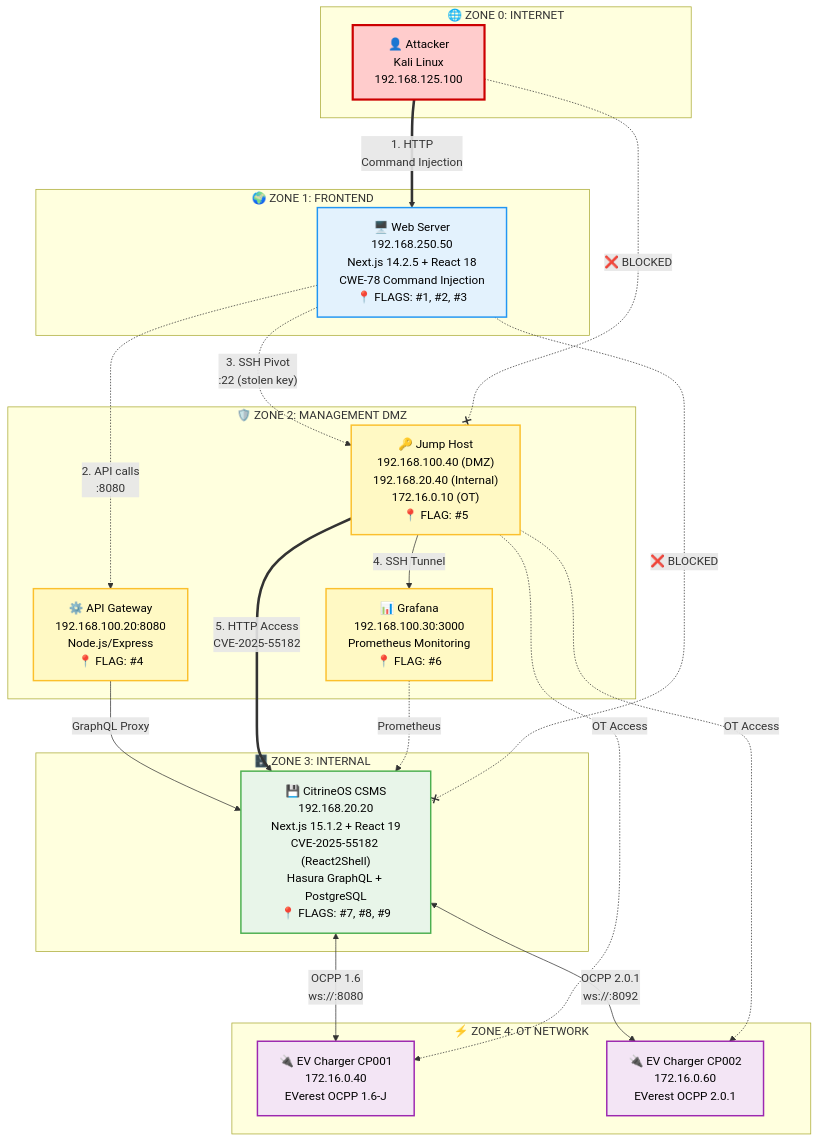
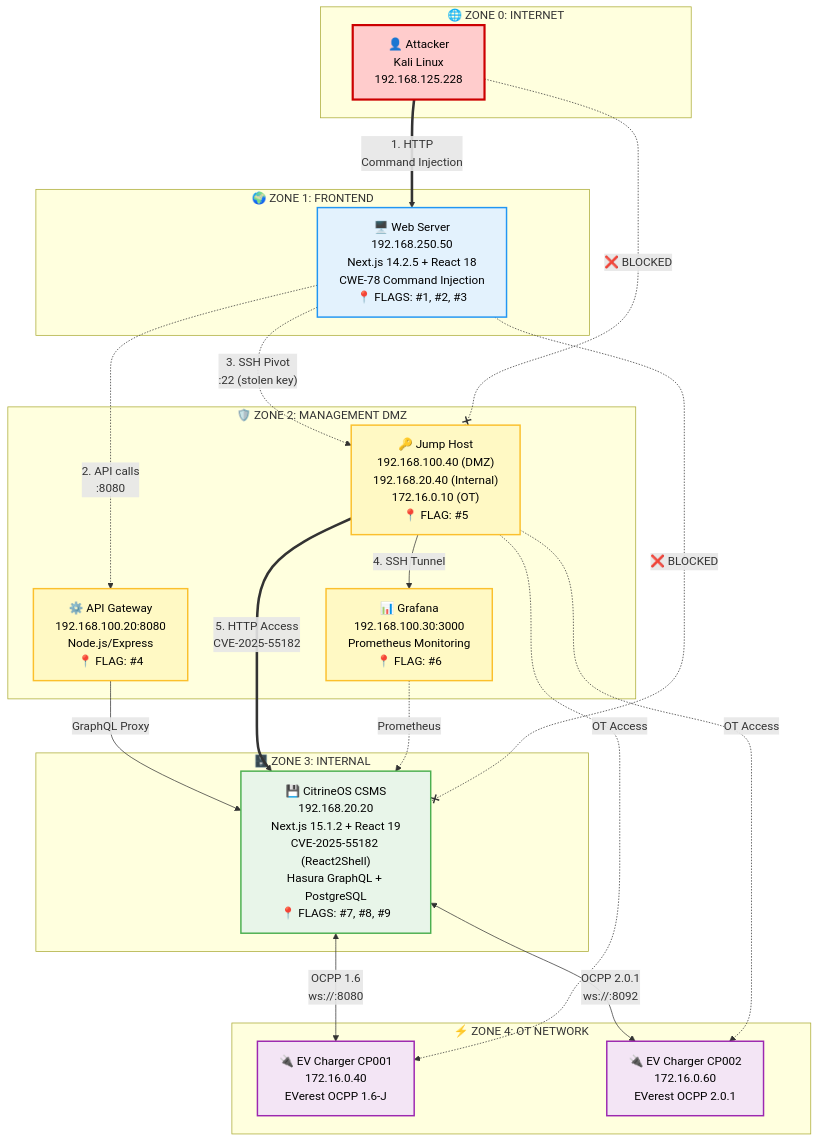
Before and after one commit to lota-ll/diploma-documentation: the diagram in full_documentation/scenario_topology_v4_FULL.md, drawn with Mermaid. The commit also changed other lines of this file and 4 other files, not shown here.

````diff
--- a/full_documentation/scenario_topology_v4_FULL.md
+++ b/full_documentation/scenario_topology_v4_FULL.md
@@ -30,53 +30,53 @@
 ```mermaid
 graph TB
     %% Стилізація
     classDef attacker fill:#ffcccc,stroke:#cc0000,stroke-width:3px,color:#000
     classDef frontend fill:#e3f2fd,stroke:#2196f3,stroke-width:2px,color:#000
     classDef dmz fill:#fff9c4,stroke:#fbc02d,stroke-width:2px,color:#000
     classDef internal fill:#e8f5e9,stroke:#4caf50,stroke-width:2px,color:#000
     classDef ot fill:#f3e5f5,stroke:#9c27b0,stroke-width:2px,color:#000
 
     subgraph Zone0["🌐 ZONE 0: INTERNET"]
-        Attacker["👤 Attacker<br/>Kali Linux<br/>192.168.125.100"]:::attacker
+        Attacker["👤 Attacker<br/>Kali Linux<br/>192.168.125.228"]:::attacker
     end
 
     subgraph Zone1["🌍 ZONE 1: FRONTEND"]
         WebServer["🖥️ Web Server<br/>192.168.250.50<br/>Next.js 14.2.5 + React 18<br/>CWE-78 Command Injection<br/>📍 FLAGS: #1, #2, #3"]:::frontend
     end
 
     subgraph Zone2["🛡️ ZONE 2: MANAGEMENT DMZ"]
         APIGateway["⚙️ API Gateway<br/>192.168.100.20:8080<br/>Node.js/Express<br/>📍 FLAG: #4"]:::dmz
         Grafana["📊 Grafana<br/>192.168.100.30:3000<br/>Prometheus Monitoring<br/>📍 FLAG: #6"]:::dmz
         JumpHost["🔑 Jump Host<br/>192.168.100.40 (DMZ)<br/>192.168.20.40 (Internal)<br/>172.16.0.10 (OT)<br/>📍 FLAG: #5"]:::dmz
     end
 
     subgraph Zone3["🗄️ ZONE 3: INTERNAL"]
         CSMS["💾 CitrineOS CSMS<br/>192.168.20.20<br/>Next.js 15.1.2 + React 19<br/>CVE-2025-55182 (React2Shell)<br/>Hasura GraphQL + PostgreSQL<br/>📍 FLAGS: #7, #8, #9"]:::internal
     end
 
     subgraph Zone4["⚡ ZONE 4: OT NETWORK"]
         CP001["🔌 EV Charger CP001<br/>172.16.0.40<br/>EVerest OCPP 1.6-J"]:::ot
         CP002["🔌 EV Charger CP002<br/>172.16.0.60<br/>EVerest OCPP 2.0.1"]:::ot
     end
 
     %% Зв'язки атаки
     Attacker ==>|"1. HTTP<br/>Command Injection"| WebServer
     WebServer -.->|"2. API calls<br/>:8080"| APIGateway
     WebServer -.->|"3. SSH Pivot<br/>:22 (stolen key)"| JumpHost
     
     APIGateway -->|"GraphQL Proxy"| CSMS
     JumpHost -->|"4. SSH Tunnel"| Grafana
     JumpHost ==>|"5. HTTP Access<br/>CVE-2025-55182"| CSMS
     
     Grafana -.->|"Prometheus"| CSMS
     
     CSMS <-->|"OCPP 1.6<br/>ws://:8080"| CP001
     CSMS <-->|"OCPP 2.0.1<br/>ws://:8092"| CP002
     
     JumpHost -.->|"OT Access"| CP001
     JumpHost -.->|"OT Access"| CP002
 
     %% Блоковані з'єднання
     WebServer -.-x|"❌ BLOCKED"| CSMS
     Attacker -.-x|"❌ BLOCKED"| JumpHost
 ```
````
